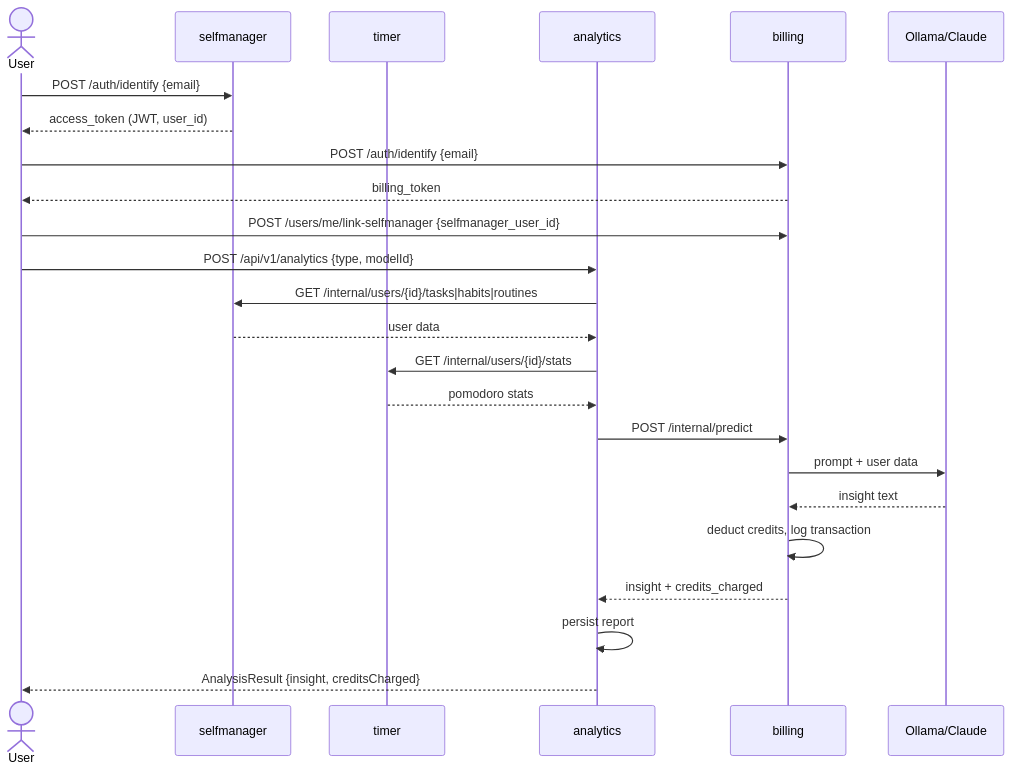
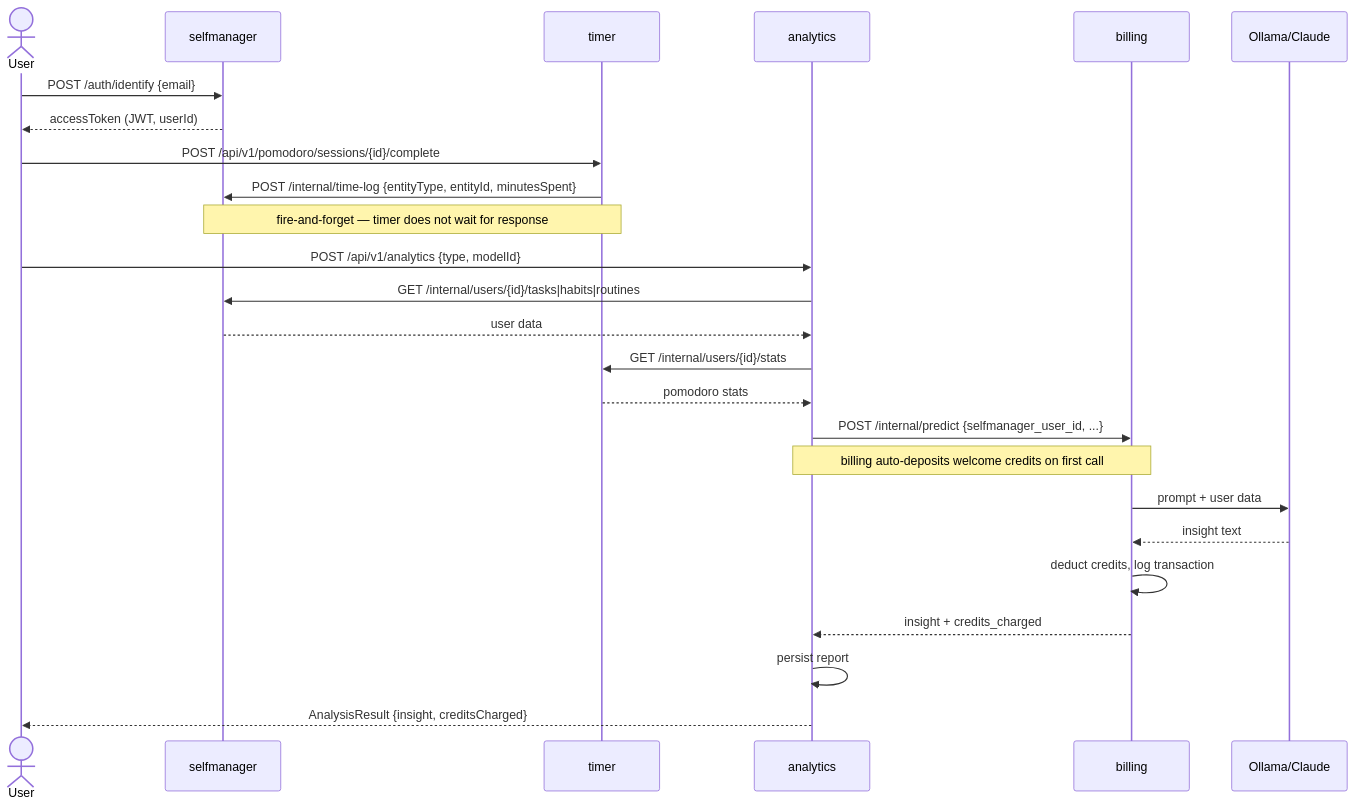
One commit to ProductiveSocial/ProductiveSocial changed the second of 2 diagrams in ARCHITECTURE.md. Above: the diagram before and after it, drawn with Mermaid. The commit also changed other lines of this file and 4 other files, not shown here.

Commit message:
Rewrite architecture and feature docs in descriptive narrative style

````diff
--- a/ARCHITECTURE.md
+++ b/ARCHITECTURE.md
@@ -483,29 +219,30 @@
 ```mermaid
 sequenceDiagram
     actor User
     participant SM as selfmanager
     participant TM as timer
     participant AN as analytics
     participant BL as billing
     participant LLM as Ollama/Claude
 
     User->>SM: POST /auth/identify {email}
-    SM-->>User: access_token (JWT, user_id)
+    SM-->>User: accessToken (JWT, userId)
 
-    User->>BL: POST /auth/identify {email}
-    BL-->>User: billing_token
-    User->>BL: POST /users/me/link-selfmanager {selfmanager_user_id}
+    User->>TM: POST /api/v1/pomodoro/sessions/{id}/complete
+    TM->>SM: POST /internal/time-log {entityType, entityId, minutesSpent}
+    Note over TM,SM: fire-and-forget — timer does not wait for response
 
     User->>AN: POST /api/v1/analytics {type, modelId}
     AN->>SM: GET /internal/users/{id}/tasks|habits|routines
     SM-->>AN: user data
     AN->>TM: GET /internal/users/{id}/stats
     TM-->>AN: pomodoro stats
-    AN->>BL: POST /internal/predict
+    AN->>BL: POST /internal/predict {selfmanager_user_id, ...}
+    Note over AN,BL: billing auto-deposits welcome credits on first call
     BL->>LLM: prompt + user data
     LLM-->>BL: insight text
     BL->>BL: deduct credits, log transaction
     BL-->>AN: insight + credits_charged
     AN->>AN: persist report
     AN-->>User: AnalysisResult {insight, creditsCharged}
 ```
````
